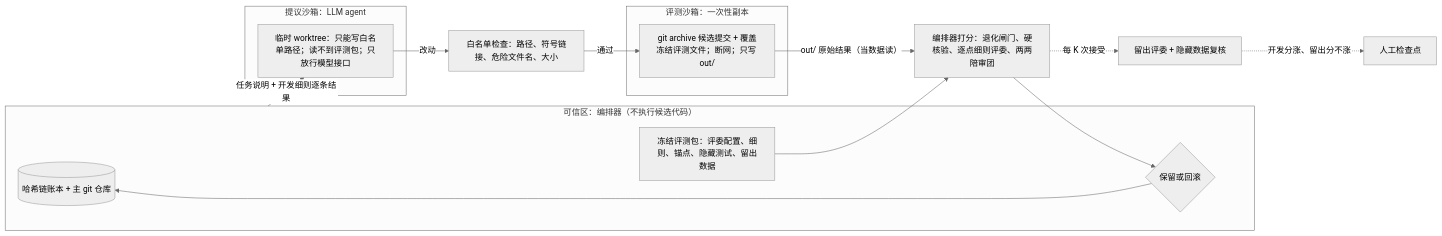
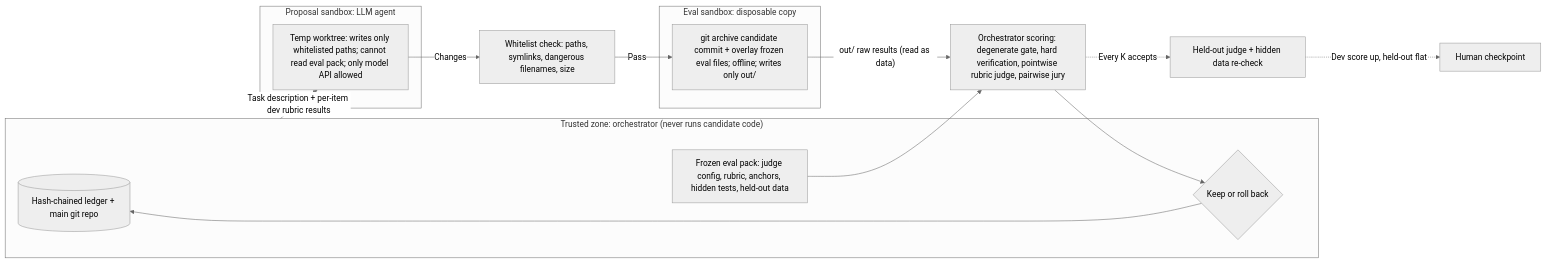
The diagram in docs/research/D-judges-and-domains.md (3136321049/rsi-anything), drawn with Mermaid (neutral theme) before and after one commit. The commit also changed other lines of this file and 283 other files, not shown here.

````diff
--- a/docs/research/D-judges-and-domains.md
+++ b/docs/research/D-judges-and-domains.md
@@ -427,22 +427,22 @@
 ```mermaid
 flowchart LR
-  subgraph A["可信区：编排器（不执行候选代码）"]
-    L[("哈希链账本 + 主 git 仓库")]
-    J["冻结评测包：评委配置、细则、锚点、隐藏测试、留出数据"]
-    D{"保留或回滚"}
+  subgraph A["Trusted zone: orchestrator (never runs candidate code)"]
+    L[("Hash-chained ledger + main git repo")]
+    J["Frozen eval pack: judge config, rubric, anchors, hidden tests, held-out data"]
+    D{"Keep or roll back"}
   end
-  subgraph B["提议沙箱：LLM agent"]
-    W["临时 worktree：只能写白名单路径；读不到评测包；只放行模型接口"]
+  subgraph B["Proposal sandbox: LLM agent"]
+    W["Temp worktree: writes only whitelisted paths; cannot read eval pack; only model API allowed"]
   end
-  subgraph C["评测沙箱：一次性副本"]
-    E["git archive 候选提交 + 覆盖冻结评测文件；断网；只写 out/"]
+  subgraph C["Eval sandbox: disposable copy"]
+    E["git archive candidate commit + overlay frozen eval files; offline; writes only out/"]
   end
-  A -- "任务说明 + 开发细则逐条结果" --> W
-  W -- "改动" --> G["白名单检查：路径、符号链接、危险文件名、大小"]
-  G -- "通过" --> E
-  E -- "out/ 原始结果（当数据读）" --> S["编排器打分：退化闸门、硬核验、逐点细则评委、两两陪审团"]
+  A -- "Task description + per-item dev rubric results" --> W
+  W -- "Changes" --> G["Whitelist check: paths, symlinks, dangerous filenames, size"]
+  G -- "Pass" --> E
+  E -- "out/ raw results (read as data)" --> S["Orchestrator scoring: degenerate gate, hard verification, pointwise rubric judge, pairwise jury"]
   J --> S
   S --> D --> L
-  S -. "每 K 次接受" .-> H["留出评委 + 隐藏数据复核"]
-  H -. "开发分涨、留出分不涨" .-> P["人工检查点"]
+  S -. "Every K accepts" .-> H["Held-out judge + hidden data re-check"]
+  H -. "Dev score up, held-out flat" .-> P["Human checkpoint"]
 ```
````
